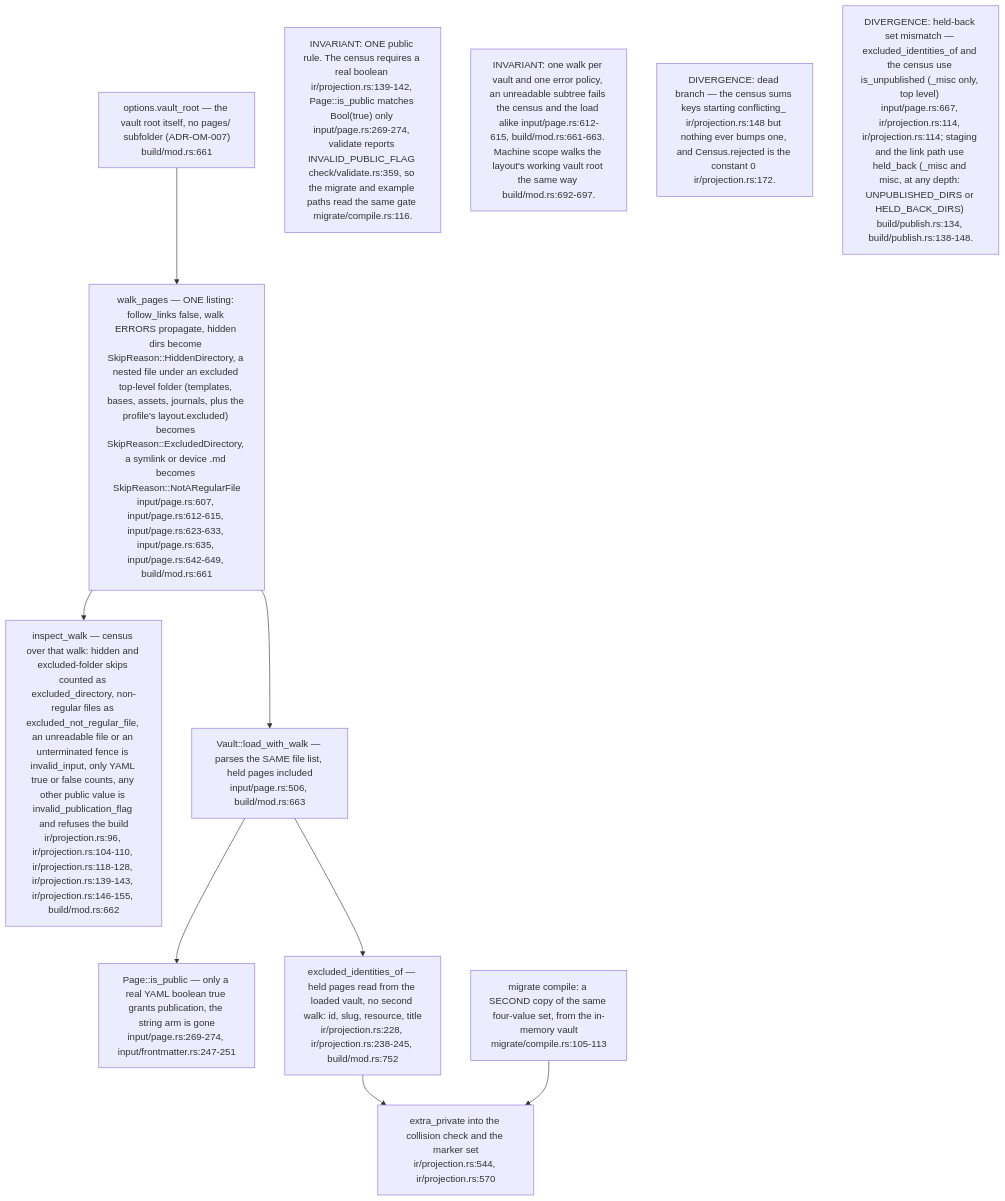
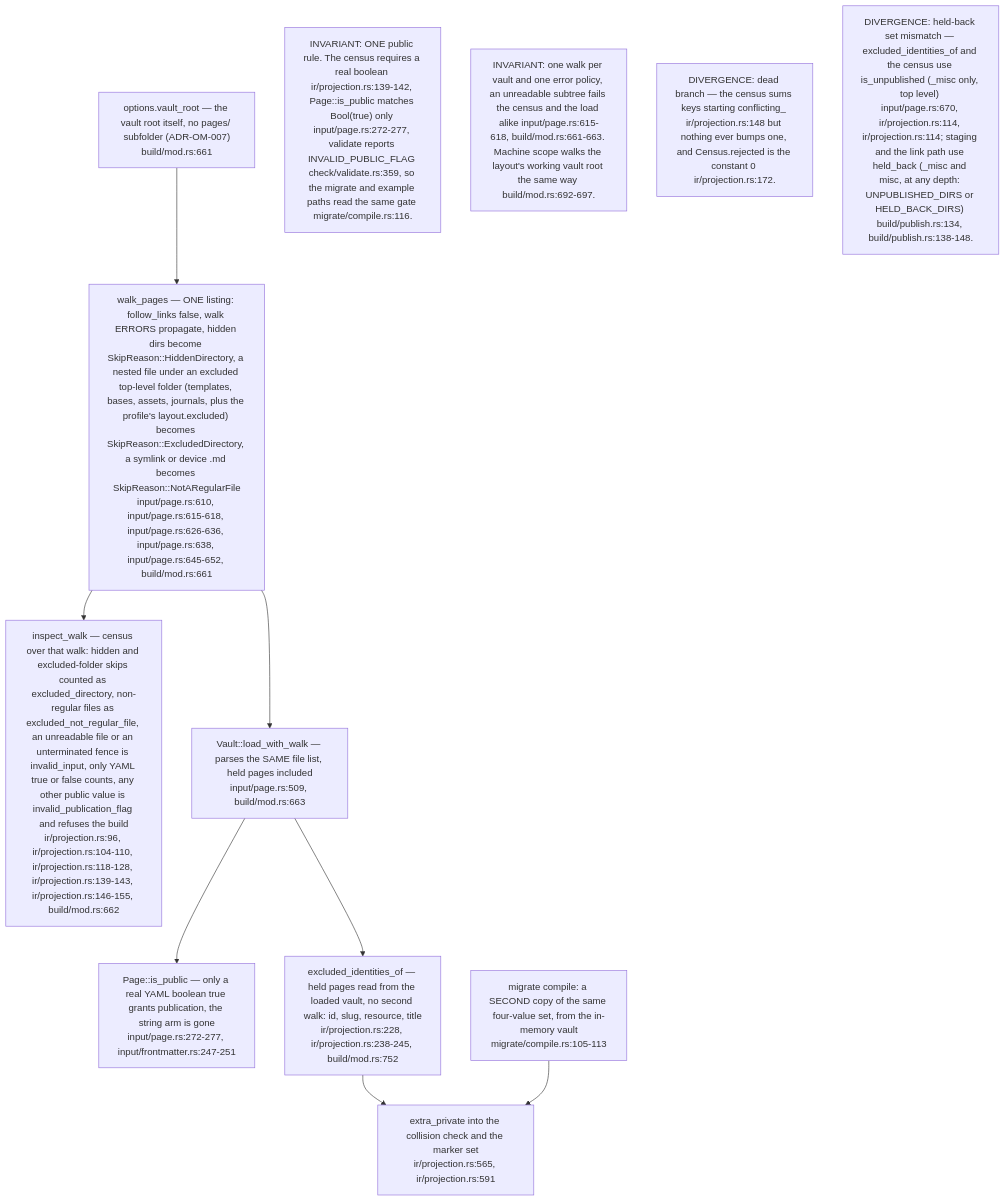
The fifth of 6 diagrams in docs/diagrams/ontomark/02-ir-corpus-projection-and-redaction.md (DreamLab-AI/VisionFlow), drawn with Mermaid before and after one commit. The commit also changed other lines of this file and 70 other files, not shown here.

First line of the commit message:
docs(diagrams): re-verify 69 topics at current default-branch heads

````diff
--- a/docs/diagrams/ontomark/02-ir-corpus-projection-and-redaction.md
+++ b/docs/diagrams/ontomark/02-ir-corpus-projection-and-redaction.md
@@ -180,20 +187,20 @@
 ```mermaid
 flowchart TD
     DIR["options.vault_root — the vault root itself, no pages/ subfolder (ADR-OM-007)<br/>build/mod.rs:661"]
-    W1["walk_pages — ONE listing: follow_links false, walk ERRORS propagate, hidden dirs become SkipReason::HiddenDirectory, a nested file under an excluded top-level folder (templates, bases, assets, journals, plus the profile's layout.excluded) becomes SkipReason::ExcludedDirectory, a symlink or device .md becomes SkipReason::NotARegularFile<br/>input/page.rs:607, input/page.rs:612-615, input/page.rs:623-633, input/page.rs:635, input/page.rs:642-649, build/mod.rs:661"]
+    W1["walk_pages — ONE listing: follow_links false, walk ERRORS propagate, hidden dirs become SkipReason::HiddenDirectory, a nested file under an excluded top-level folder (templates, bases, assets, journals, plus the profile's layout.excluded) becomes SkipReason::ExcludedDirectory, a symlink or device .md becomes SkipReason::NotARegularFile<br/>input/page.rs:610, input/page.rs:615-618, input/page.rs:626-636, input/page.rs:638, input/page.rs:645-652, build/mod.rs:661"]
     CEN["inspect_walk — census over that walk: hidden and excluded-folder skips counted as excluded_directory, non-regular files as excluded_not_regular_file, an unreadable file or an unterminated fence is invalid_input, only YAML true or false counts, any other public value is invalid_publication_flag and refuses the build<br/>ir/projection.rs:96, ir/projection.rs:104-110, ir/projection.rs:118-128, ir/projection.rs:139-143, ir/projection.rs:146-155, build/mod.rs:662"]
-    LOAD["Vault::load_with_walk — parses the SAME file list, held pages included<br/>input/page.rs:506, build/mod.rs:663"]
-    PUB["Page::is_public — only a real YAML boolean true grants publication, the string arm is gone<br/>input/page.rs:269-274, input/frontmatter.rs:247-251"]
+    LOAD["Vault::load_with_walk — parses the SAME file list, held pages included<br/>input/page.rs:509, build/mod.rs:663"]
+    PUB["Page::is_public — only a real YAML boolean true grants publication, the string arm is gone<br/>input/page.rs:272-277, input/frontmatter.rs:247-251"]
     EXC["excluded_identities_of — held pages read from the loaded vault, no second walk: id, slug, resource, title<br/>ir/projection.rs:228, ir/projection.rs:238-245, build/mod.rs:752"]
     MIG["migrate compile: a SECOND copy of the same four-value set, from the in-memory vault<br/>migrate/compile.rs:105-113"]
-    USE["extra_private into the collision check and the marker set<br/>ir/projection.rs:544, ir/projection.rs:570"]
+    USE["extra_private into the collision check and the marker set<br/>ir/projection.rs:565, ir/projection.rs:591"]
     DIR --> W1
     W1 --> CEN
     W1 --> LOAD --> PUB
     LOAD --> EXC --> USE
     MIG --> USE
-    n1["INVARIANT: ONE public rule. The census requires a real boolean ir/projection.rs:139-142, Page::is_public matches Bool(true) only input/page.rs:269-274, validate reports INVALID_PUBLIC_FLAG check/validate.rs:359, so the migrate and example paths read the same gate migrate/compile.rs:116."]
-    n2["INVARIANT: one walk per vault and one error policy, an unreadable subtree fails the census and the load alike input/page.rs:612-615, build/mod.rs:661-663. Machine scope walks the layout's working vault root the same way build/mod.rs:692-697."]
+    n1["INVARIANT: ONE public rule. The census requires a real boolean ir/projection.rs:139-142, Page::is_public matches Bool(true) only input/page.rs:272-277, validate reports INVALID_PUBLIC_FLAG check/validate.rs:359, so the migrate and example paths read the same gate migrate/compile.rs:116."]
+    n2["INVARIANT: one walk per vault and one error policy, an unreadable subtree fails the census and the load alike input/page.rs:615-618, build/mod.rs:661-663. Machine scope walks the layout's working vault root the same way build/mod.rs:692-697."]
     n4["DIVERGENCE: dead branch — the census sums keys starting conflicting_ ir/projection.rs:148 but nothing ever bumps one, and Census.rejected is the constant 0 ir/projection.rs:172."]
-    n5["DIVERGENCE: held-back set mismatch — excluded_identities_of and the census use is_unpublished (_misc only, top level) input/page.rs:667, ir/projection.rs:114, ir/projection.rs:114; staging and the link path use held_back (_misc and misc, at any depth: UNPUBLISHED_DIRS or HELD_BACK_DIRS) build/publish.rs:134, build/publish.rs:138-148."]
+    n5["DIVERGENCE: held-back set mismatch — excluded_identities_of and the census use is_unpublished (_misc only, top level) input/page.rs:670, ir/projection.rs:114, ir/projection.rs:114; staging and the link path use held_back (_misc and misc, at any depth: UNPUBLISHED_DIRS or HELD_BACK_DIRS) build/publish.rs:134, build/publish.rs:138-148."]
 ```
````
